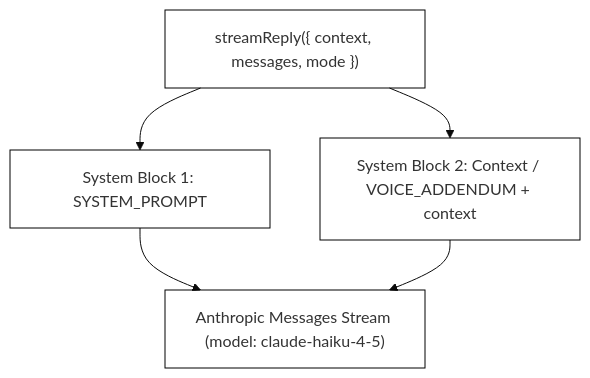
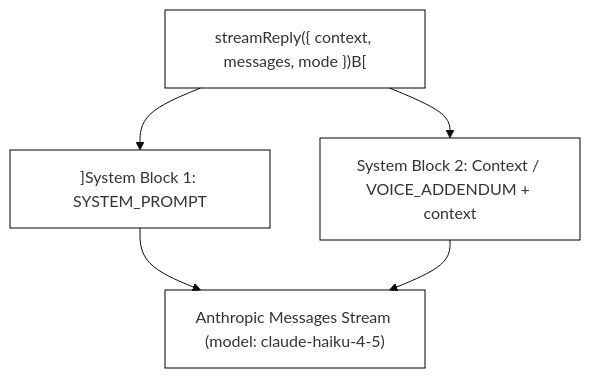
Before and after one commit to jarrettheflin/immune-fit-Devin-Wiki: the third of 4 diagrams in pages/5.1-text-chat-pipeline.md, drawn with Mermaid (base theme). The commit also changed other lines of this file and 22 other files, not shown here.

Commit message:
Repair Mermaid syntax so all 67 diagrams render on GitHub

````diff
--- a/pages/5.1-text-chat-pipeline.md
+++ b/pages/5.1-text-chat-pipeline.md
@@ -101,8 +101,8 @@
 ```mermaid
 graph TD
-    A["streamReply({ context, messages, mode })"] --> B["System Block 1: SYSTEM_PROMPT"]
+    A["streamReply({ context, messages, mode })B["] --> B["]System Block 1: SYSTEM_PROMPT"]
     A --> C["System Block 2: Context / VOICE_ADDENDUM + context"]
     B & C --> D["Anthropic Messages Stream (model: claude-haiku-4-5)"]
 
     classDef default stroke:#000,fill:none;
 ```
````
